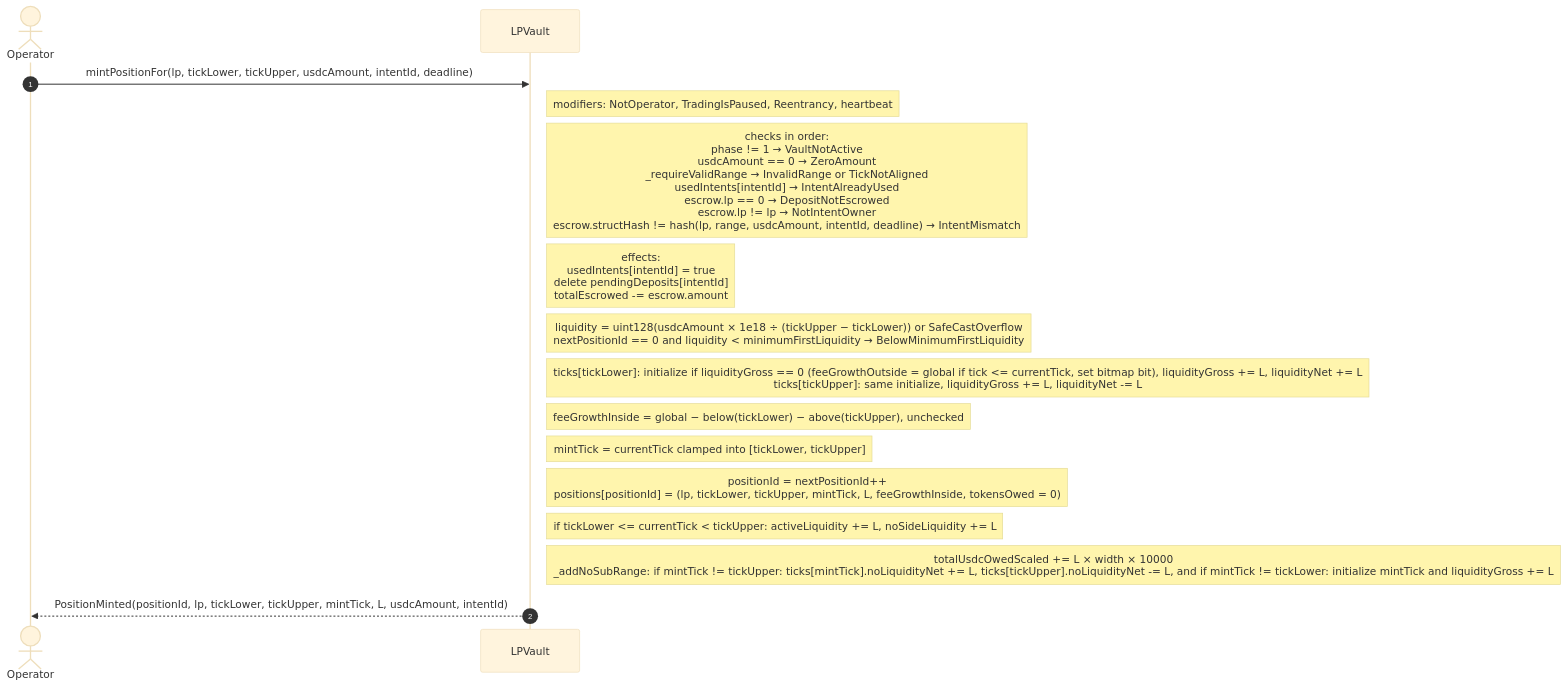
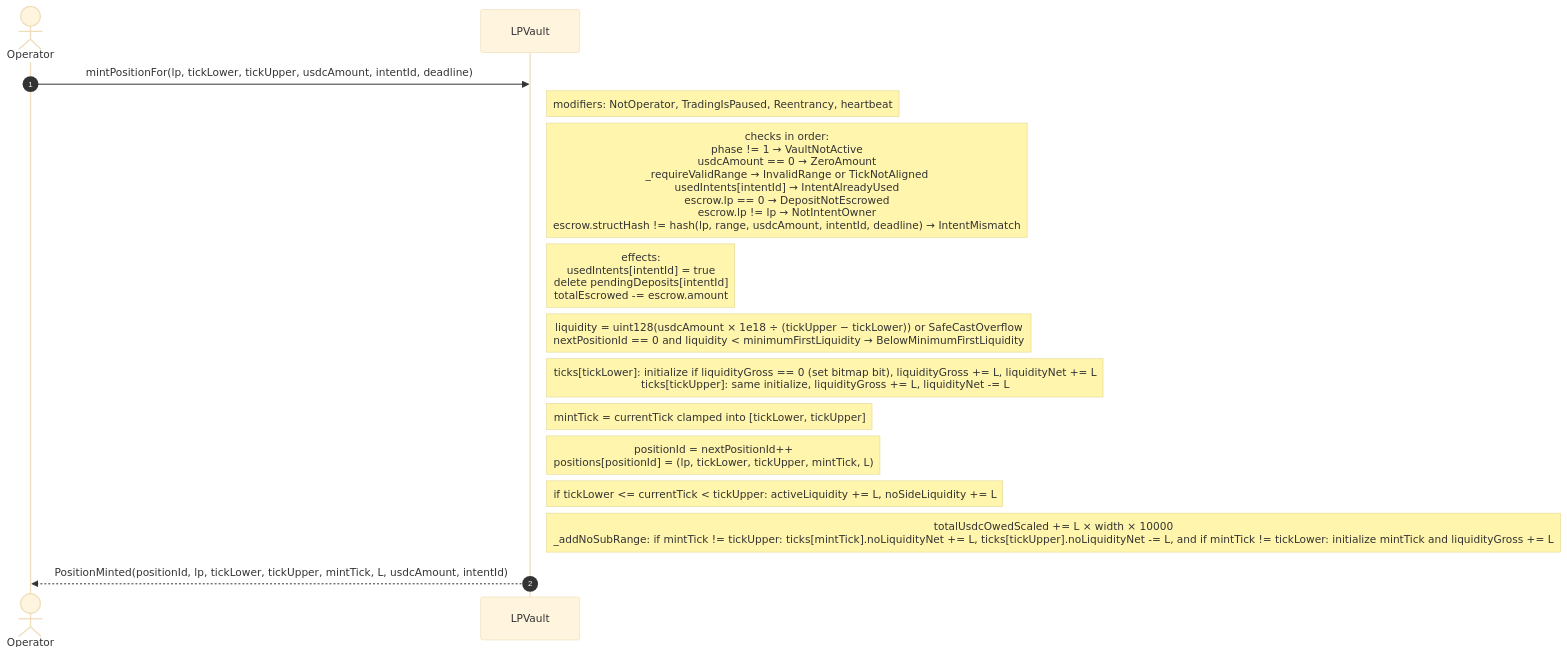
Before and after one commit to ProphetMarket/lp-vaults: the ninth of 22 diagrams in specs/FLOWS.md, drawn with Mermaid (base theme). The commit also changed other lines of this file and 73 other files, not shown here.

First line of the commit message:
spec (vault): Retire the fee accounting (R17)

````diff
--- a/specs/FLOWS.md
+++ b/specs/FLOWS.md
@@ -260,19 +258,18 @@
 ```mermaid
 sequenceDiagram
     autonumber
     actor Operator
     participant Vault as LPVault
 
     Operator->>Vault: mintPositionFor(lp, tickLower, tickUpper, usdcAmount, intentId, deadline)
     Note right of Vault: modifiers: NotOperator, TradingIsPaused, Reentrancy, heartbeat
     Note right of Vault: checks in order:<br/>phase != 1 → VaultNotActive<br/>usdcAmount == 0 → ZeroAmount<br/>_requireValidRange → InvalidRange or TickNotAligned<br/>usedIntents[intentId] → IntentAlreadyUsed<br/>escrow.lp == 0 → DepositNotEscrowed<br/>escrow.lp != lp → NotIntentOwner<br/>escrow.structHash != hash(lp, range, usdcAmount, intentId, deadline) → IntentMismatch
     Note right of Vault: effects:<br/>usedIntents[intentId] = true<br/>delete pendingDeposits[intentId]<br/>totalEscrowed -= escrow.amount
     Note right of Vault: liquidity = uint128(usdcAmount × 1e18 ÷ (tickUpper − tickLower)) or SafeCastOverflow<br/>nextPositionId == 0 and liquidity < minimumFirstLiquidity → BelowMinimumFirstLiquidity
-    Note right of Vault: ticks[tickLower]: initialize if liquidityGross == 0 (feeGrowthOutside = global if tick <= currentTick, set bitmap bit), liquidityGross += L, liquidityNet += L<br/>ticks[tickUpper]: same initialize, liquidityGross += L, liquidityNet -= L
-    Note right of Vault: feeGrowthInside = global − below(tickLower) − above(tickUpper), unchecked
+    Note right of Vault: ticks[tickLower]: initialize if liquidityGross == 0 (set bitmap bit), liquidityGross += L, liquidityNet += L<br/>ticks[tickUpper]: same initialize, liquidityGross += L, liquidityNet -= L
     Note right of Vault: mintTick = currentTick clamped into [tickLower, tickUpper]
-    Note right of Vault: positionId = nextPositionId++<br/>positions[positionId] = (lp, tickLower, tickUpper, mintTick, L, feeGrowthInside, tokensOwed = 0)
+    Note right of Vault: positionId = nextPositionId++<br/>positions[positionId] = (lp, tickLower, tickUpper, mintTick, L)
     Note right of Vault: if tickLower <= currentTick < tickUpper: activeLiquidity += L, noSideLiquidity += L
     Note right of Vault: totalUsdcOwedScaled += L × width × 10000<br/>_addNoSubRange: if mintTick != tickUpper: ticks[mintTick].noLiquidityNet += L, ticks[tickUpper].noLiquidityNet -= L, and if mintTick != tickLower: initialize mintTick and liquidityGross += L
     Vault-->>Operator: PositionMinted(positionId, lp, tickLower, tickUpper, mintTick, L, usdcAmount, intentId)
 ```
````
